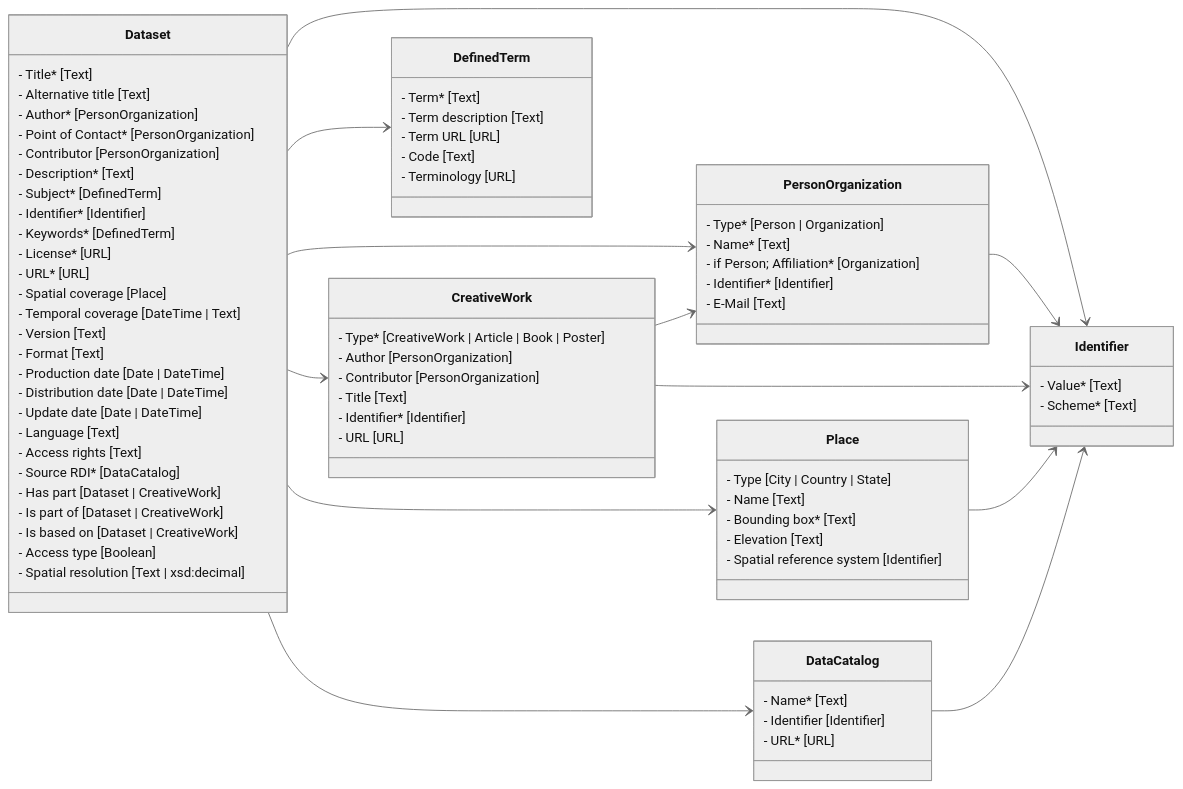
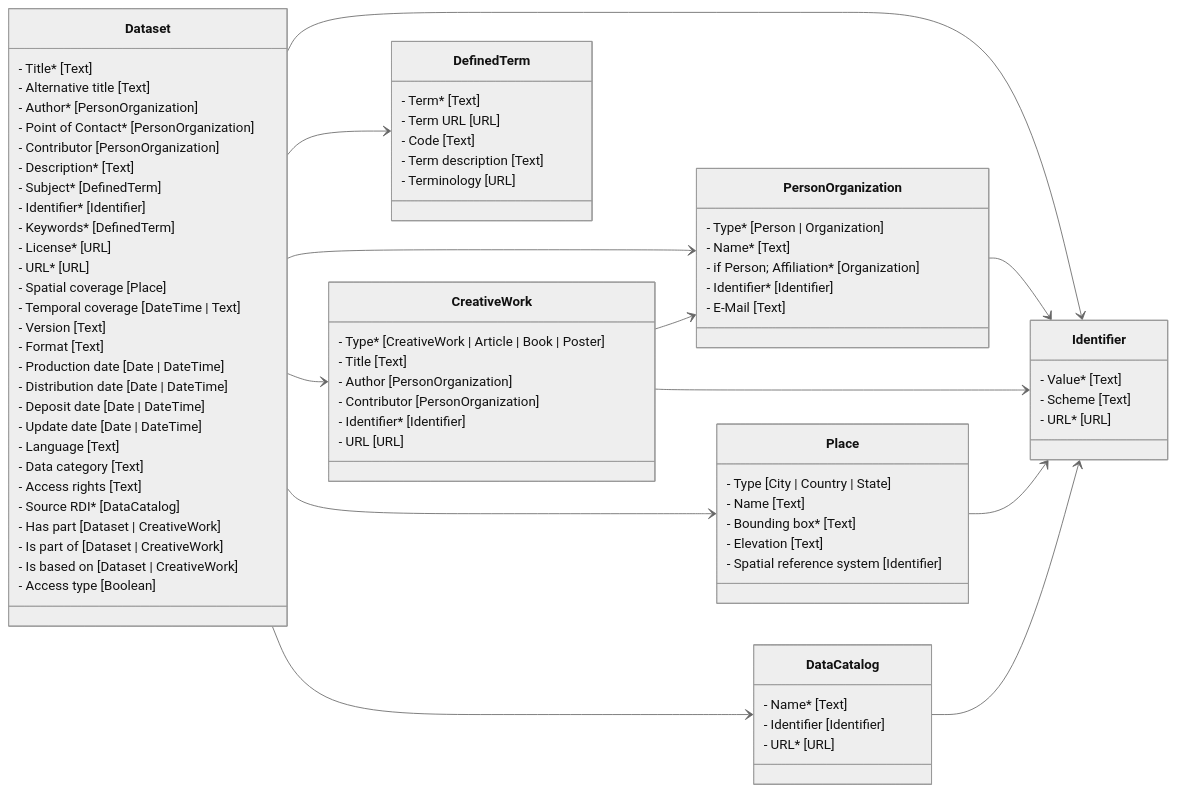
One commit to fairagro/core-metadata-specification changed the first of 3 diagrams in specification/core_metadata_specification.md. Above: the diagram before and after it, drawn with Mermaid (neutral theme). The commit also changed other lines of this file, not shown here.

```diff
--- a/specification/core_metadata_specification.md
+++ b/specification/core_metadata_specification.md
@@ -32,24 +32,25 @@
 
     class CreativeWork {
 	    - Type* [CreativeWork | Article | Book | Poster]
+	    - Title [Text]
 	    - Author [PersonOrganization]
 	    - Contributor [PersonOrganization]
-		- Title [Text]
 	    - Identifier* [Identifier]
 	    - URL [URL]
     }
 
     class DefinedTerm {
 	    - Term* [Text]
-		- Term description [Text]
 	    - Term URL [URL]
 	    - Code [Text]
+	    - Term description [Text]
 	    - Terminology [URL]
     }
 
     class Identifier {
 	    - Value* [Text]
-	    - Scheme* [Text]
+	    - Scheme [Text]
+	    - URL* [URL]
     }
 
     class DataCatalog {
@@ -76,15 +77,16 @@
 	    - Format [Text]
 	    - Production date [Date | DateTime]
 	    - Distribution date [Date | DateTime]
+	    - Deposit date [Date | DateTime]
 	    - Update date [Date | DateTime]
 	    - Language [Text]
+	    - Data category [Text]
 	    - Access rights [Text]
 	    - Source RDI* [DataCatalog]
 	    - Has part [Dataset | CreativeWork]
 	    - Is part of [Dataset | CreativeWork]
 	    - Is based on [Dataset | CreativeWork]
 	    - Access type [Boolean]
-		- Spatial resolution [Text | xsd:decimal]
     }
 
     Dataset --> PersonOrganization
```
